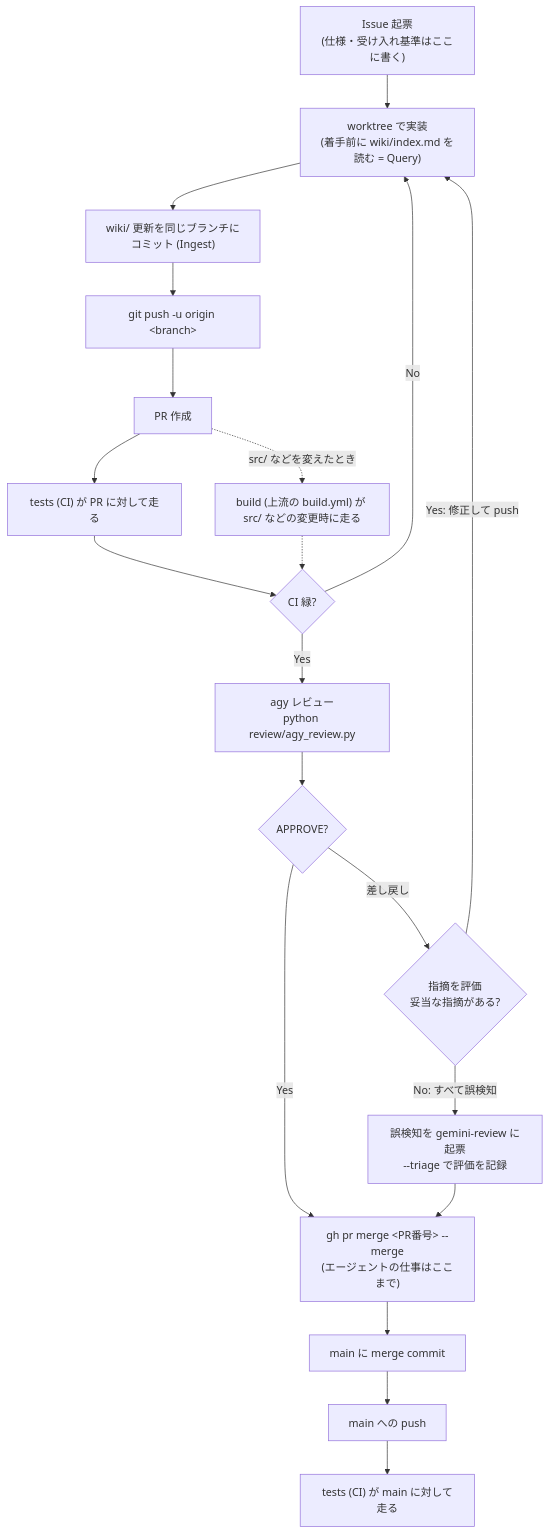
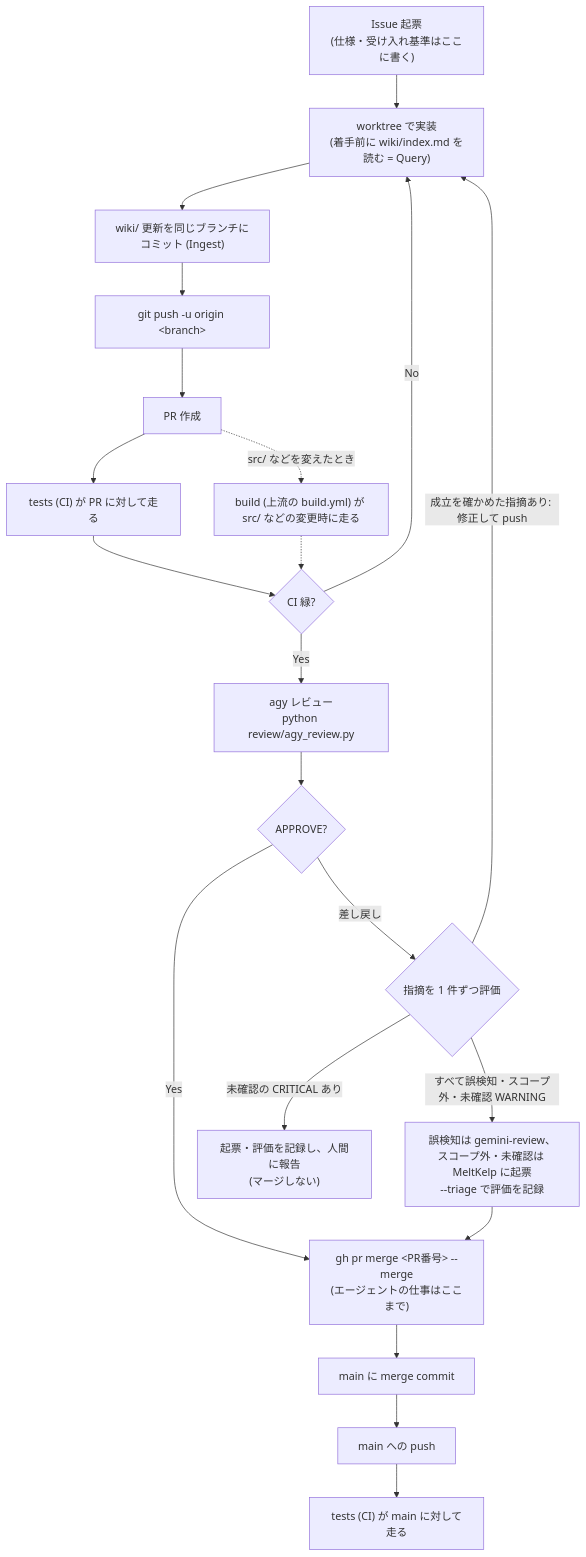
The diagram in docs/development_workflow.md (kant0123/MeltKelp), drawn with Mermaid before and after one commit. The commit also changed 6 other files, not shown here.

````diff
--- a/docs/development_workflow.md
+++ b/docs/development_workflow.md
@@ -21,32 +21,34 @@
 ```mermaid
 flowchart TD
     issue["Issue 起票<br/>(仕様・受け入れ基準はここに書く)"]
     worktree["worktree で実装<br/>(着手前に wiki/index.md を読む = Query)"]
     wikiUpdate["wiki/ 更新を同じブランチにコミット (Ingest)"]
     push["git push -u origin &lt;branch&gt;"]
     pr["PR 作成"]
     prTests["tests (CI) が PR に対して走る"]
     build["build (上流の build.yml) が src/ などの変更時に走る"]
     gate{"CI 緑?"}
     review["agy レビュー<br/>python review/agy_review.py"]
     verdict{"APPROVE?"}
-    triage{"指摘を評価<br/>妥当な指摘がある?"}
-    fp["誤検知を gemini-review に起票<br/>--triage で評価を記録"]
+    triage{"指摘を 1 件ずつ評価"}
+    fp["誤検知は gemini-review、スコープ外・未確認は MeltKelp に起票<br/>--triage で評価を記録"]
+    report["起票・評価を記録し、人間に報告<br/>(マージしない)"]
     merge["gh pr merge &lt;PR番号&gt; --merge<br/>(エージェントの仕事はここまで)"]
     mainCommit["main に merge commit"]
     mainPush["main への push"]
     mainTests["tests (CI) が main に対して走る"]
 
     issue --> worktree --> wikiUpdate --> push --> pr
     pr --> prTests
     pr -.src/ などを変えたとき.-> build
     prTests --> gate
     build -.-> gate
     gate -->|No| worktree
     gate -->|Yes| review --> verdict
     verdict -->|Yes| merge
     verdict -->|差し戻し| triage
-    triage -->|Yes: 修正して push| worktree
-    triage -->|No: すべて誤検知| fp --> merge
+    triage -->|成立を確かめた指摘あり: 修正して push| worktree
+    triage -->|すべて誤検知・スコープ外・未確認 WARNING| fp --> merge
+    triage -->|未確認の CRITICAL あり| report
     merge --> mainCommit --> mainPush --> mainTests
 ```
````
